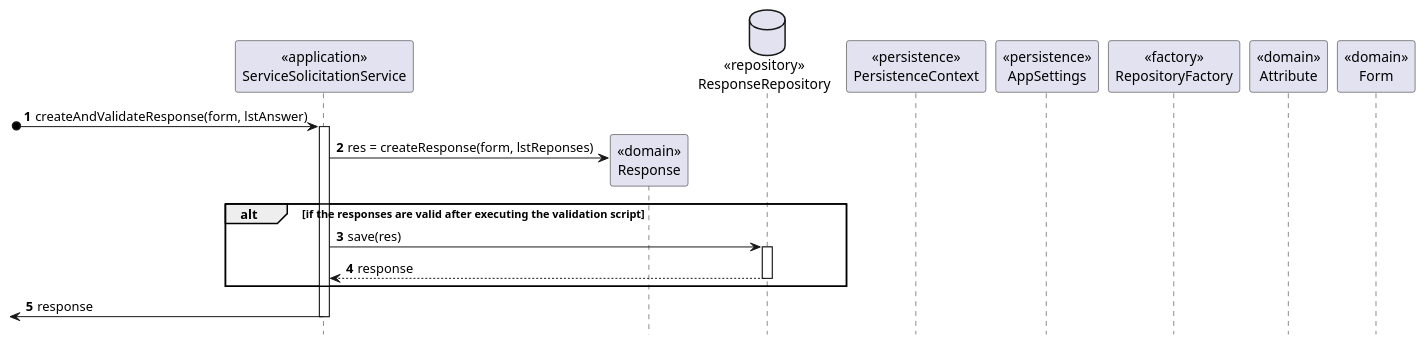
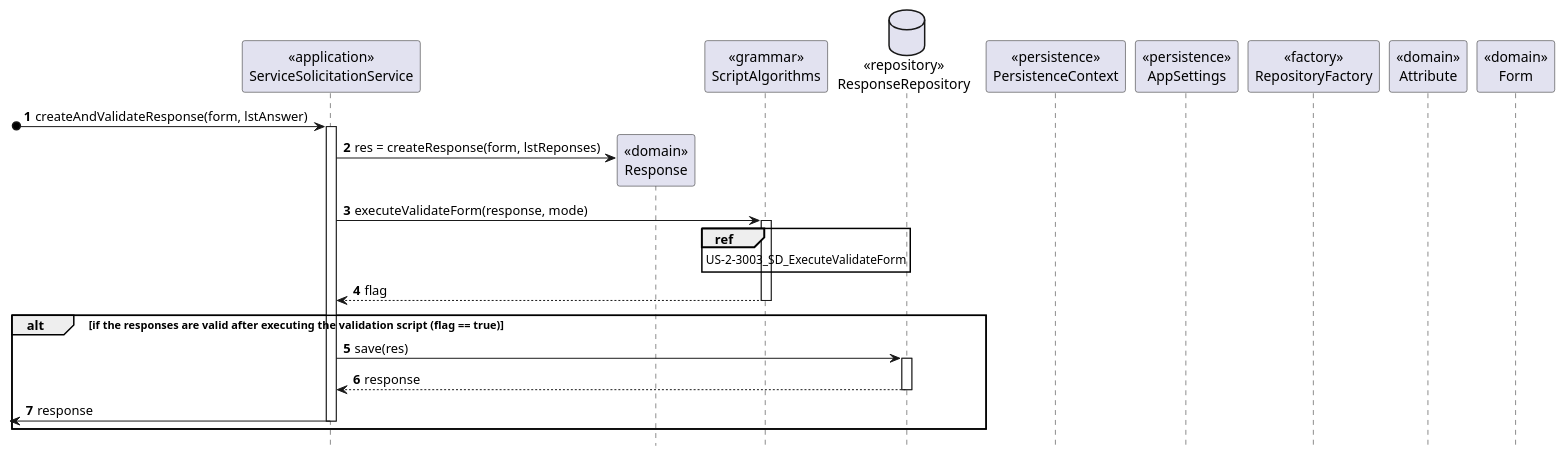
The diagram in doc/engenharia/SprintD/1190967/US-2-3003_CompleteTicket/US-2-3003_SD_CreateAndValidateResponse.puml (tiagoavcosta25/LAPR4), drawn with PlantUML before and after one commit.

Commit message:
LAPR4-175 #design #fixing [US-0-3003] Create and Validate Response Sequence Diagram Changes

```diff
--- a/doc/engenharia/SprintD/1190967/US-2-3003_CompleteTicket/US-2-3003_SD_CreateAndValidateResponse.puml
+++ b/doc/engenharia/SprintD/1190967/US-2-3003_CompleteTicket/US-2-3003_SD_CreateAndValidateResponse.puml
@@ -1,32 +1,43 @@
 @startuml
 autonumber
 hide footbox
 
 participant "<<application>>\nServiceSolicitationService" as SRV
 participant "<<domain>>\nResponse" as RS
+participant "<<grammar>>\nScriptAlgorithms" as SA
 database "<<repository>>\nResponseRepository" as RR
 participant "<<persistence>>\nPersistenceContext" as PC
 participant "<<persistence>>\nAppSettings" as AS
 participant "<<factory>>\nRepositoryFactory" as RF
 participant "<<domain>>\nAttribute" as A
 participant "<<domain>>\nForm" as F
 
 [o-> SRV : createAndValidateResponse(form, lstAnswer)
 activate SRV
 
 SRV -> RS** : res = createResponse(form, lstReponses)
 
-alt if the responses are valid after executing the validation script
+SRV -> SA : executeValidateForm(response, mode)
+activate SA
+
+ref over SA
+  US-2-3003_SD_ExecuteValidateForm
+end ref
+
+SA --> SRV : flag
+deactivate SA
+
+alt if the responses are valid after executing the validation script (flag == true)
 
 SRV -> RR : save(res)
 activate RR
 
 RR --> SRV : response
 deactivate RR
 
-end
-
 <- SRV : response
 deactivate SRV
 
+end
+
 @enduml
```
